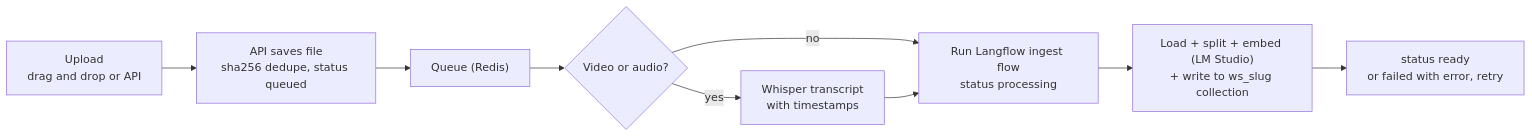
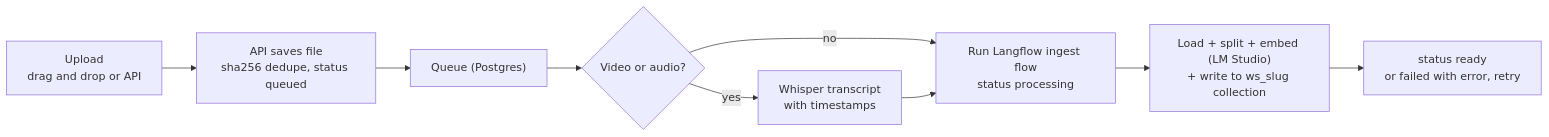
Before and after one commit to g-terra/rag-workspaces: the second of 2 diagrams in docs/architecture.md, drawn with Mermaid. The commit also changed other lines of this file and 2 other files, not shown here.

First line of the commit message:
docs: ingestion queue on Postgres (pg-boss), drop Redis

````diff
--- a/docs/architecture.md
+++ b/docs/architecture.md
@@ -126,11 +123,11 @@
 ```mermaid
 flowchart LR
   U["Upload<br/>drag and drop or API"] --> S["API saves file<br/>sha256 dedupe, status queued"]
-  S --> Q["Queue (Redis)"]
+  S --> Q["Queue (Postgres)"]
   Q --> T{"Video or audio?"}
   T -- yes --> W["Whisper transcript<br/>with timestamps"]
   T -- no --> F
   W --> F["Run Langflow ingest flow<br/>status processing"]
   F --> L["Load + split + embed (LM Studio)<br/>+ write to ws_slug collection"]
   L --> R["status ready<br/>or failed with error, retry"]
 ```
````
